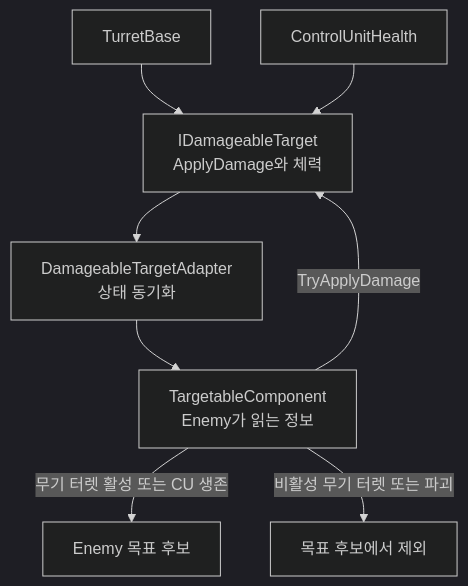
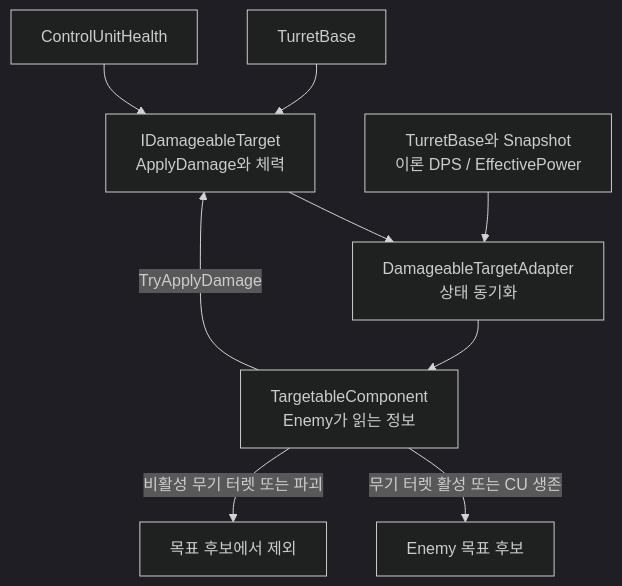
Before and after one commit to Team-HJD-21/unity-6-the-developer: diagram 14 of 15 in Docs/architecture/turret-system-guide.md, drawn with Mermaid (dark theme). The commit also changed other lines of this file and 27 other files, not shown here.

Commit message:
feat(turret): expose DPS per power and replace fake threat values

````diff
--- a/Docs/architecture/turret-system-guide.md
+++ b/Docs/architecture/turret-system-guide.md
@@ -601,11 +601,12 @@
 ```mermaid
 flowchart TD
     Contract["IDamageableTarget<br>ApplyDamage와 체력"]
     Base["TurretBase"] --> Contract
     CU["ControlUnitHealth"] --> Contract
     Contract --> Adapter["DamageableTargetAdapter<br>상태 동기화"]
+    Efficiency["TurretBase와 Snapshot<br>이론 DPS / EffectivePower"] --> Adapter
     Adapter --> Targetable["TargetableComponent<br>Enemy가 읽는 정보"]
     Targetable -->|"TryApplyDamage"| Contract
     Targetable -->|"무기 터렛 활성 또는 CU 생존"| Enemy["Enemy 목표 후보"]
     Targetable -->|"비활성 무기 터렛 또는 파괴"| Excluded["목표 후보에서 제외"]
 ```
````
